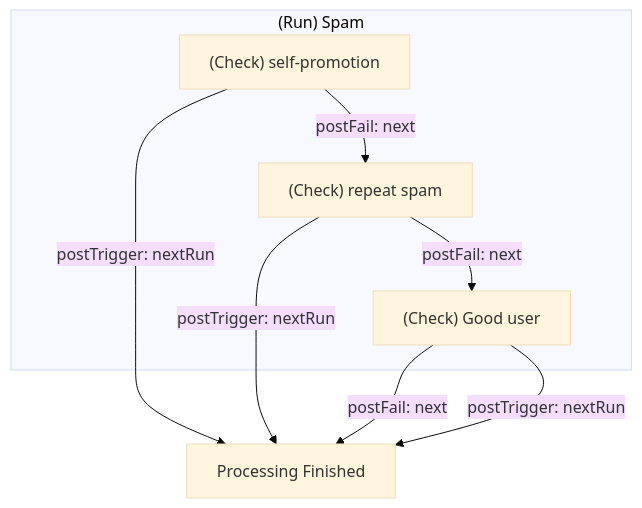
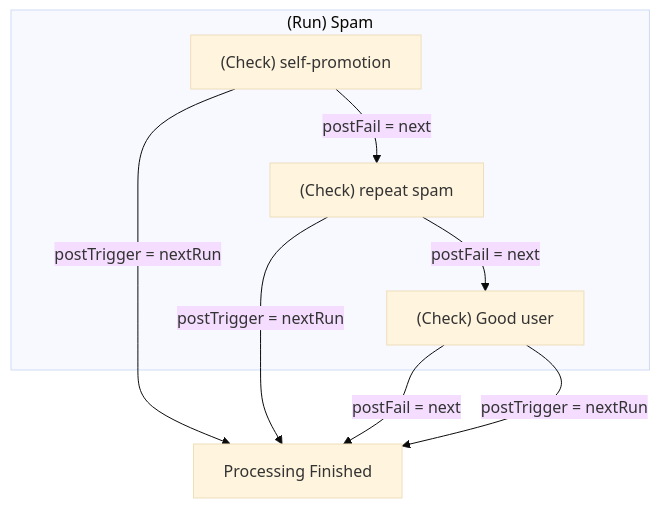
Before and after one commit to FoxxMD/context-mod: the first of 2 diagrams in docs/examples/advancedConcepts/flowControl.md, drawn with Mermaid (base theme). The commit also changed other lines of this file, not shown here.

Commit message:
fix(docs): Replace colon causing issues with mermaid diagram rendering

````diff
--- a/docs/examples/advancedConcepts/flowControl.md
+++ b/docs/examples/advancedConcepts/flowControl.md
@@ -193,13 +193,13 @@
 ```mermaid
 flowchart TB
     subgraph spam ["(Run) Spam"]
-        b1["(Check) self-promotion"] -- "postFail: next" -->b2
-        b2["(Check) repeat spam"] -- "postFail: next" --> b3
+        b1["(Check) self-promotion"] -- "postFail = next" --> b2
+        b2["(Check) repeat spam"] -- "postFail = next" --> b3
         b3["(Check) Good user"]
     end
-    b1 -- "postTrigger: nextRun" --> finish
-    b2 -- "postTrigger: nextRun" --> finish
-    b3 -- "postFail: next" --> finish
-    b3 -- "postTrigger: nextRun" --> finish
+    b1 -- "postTrigger = nextRun" --> finish
+    b2 -- "postTrigger = nextRun" --> finish
+    b3 -- "postFail = next" --> finish
+    b3 -- "postTrigger = nextRun" --> finish
     finish[Processing Finished]
 ```
````
